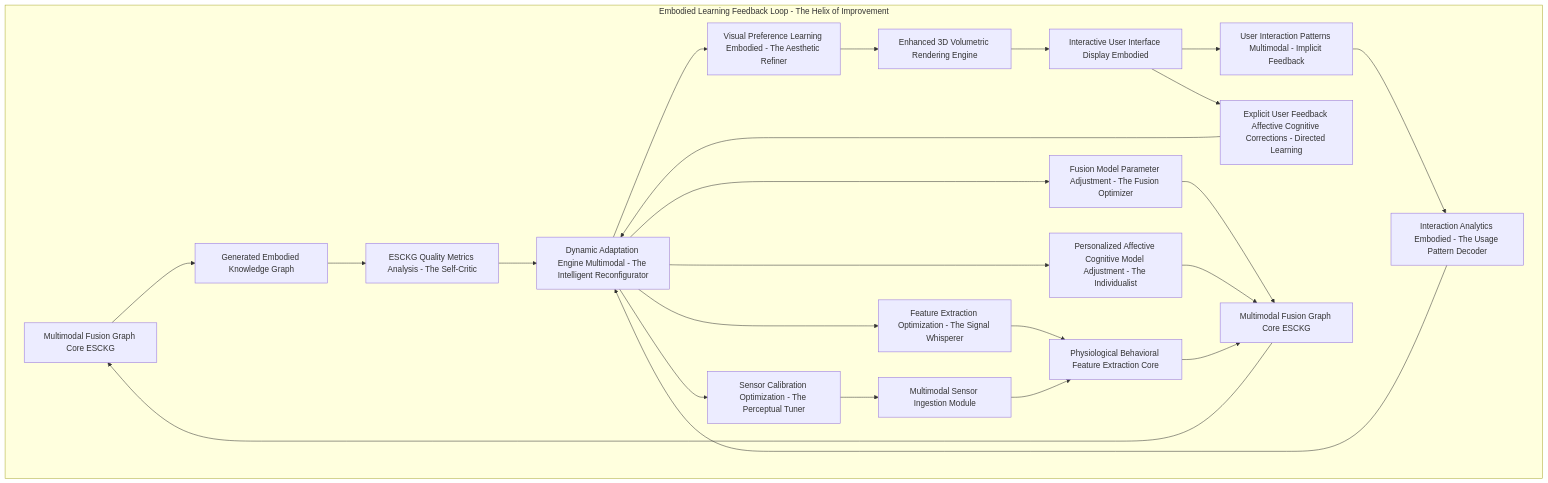
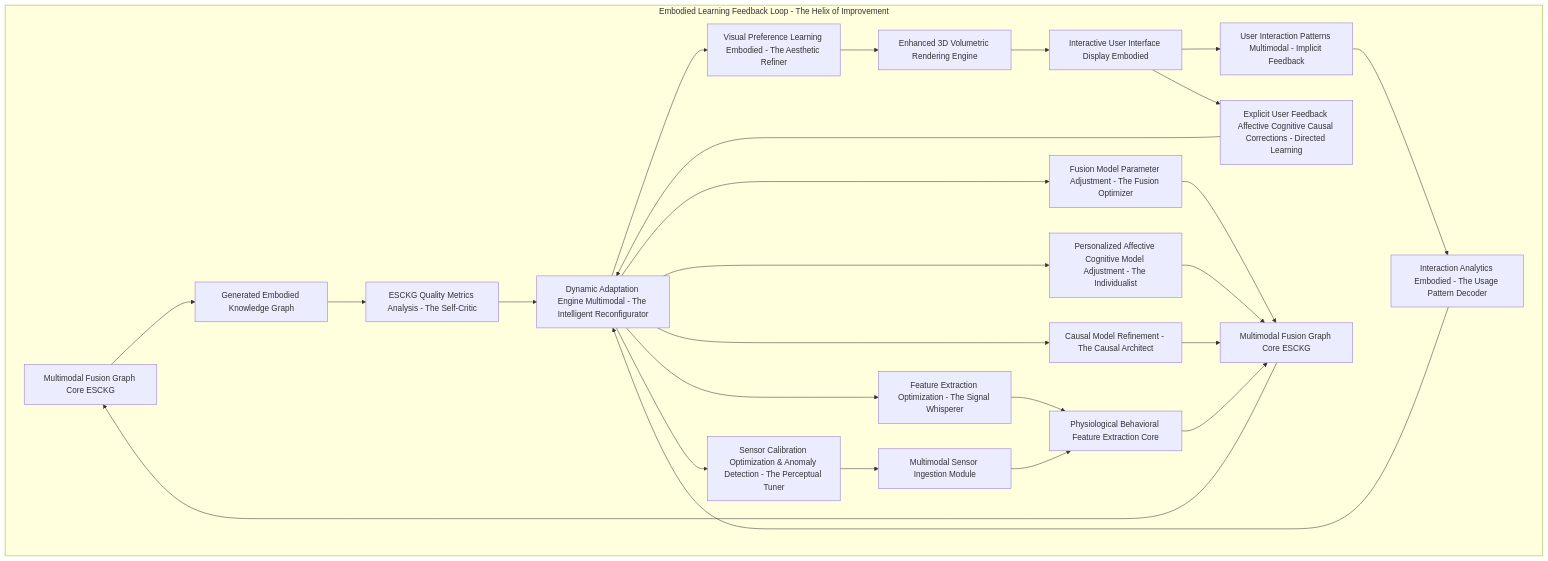
Before and after one commit to diplomat-bit/Citibank_Demo_Business_Inc_Demonstration-: the eighth of 9 diagrams in inventions/inventions/012_holographic_meeting_scribe/014_multimodal_somatic_cognitive_graph_integration.md, drawn with Mermaid. The commit also changed other lines of this file, not shown here.

Commit message:
[AI] Edit: inventions/inventions/012_holographic_meeting_scribe/014_multimodal_somatic_cognitive_graph_integration.md

````diff
--- a/inventions/inventions/012_holographic_meeting_scribe/014_multimodal_somatic_cognitive_graph_integration.md
+++ b/inventions/inventions/012_holographic_meeting_scribe/014_multimodal_somatic_cognitive_graph_integration.md
@@ -849,32 +959,34 @@
 ```mermaid
 graph TD
     subgraph Embodied Learning Feedback Loop - The Helix of Improvement
         ESCKG_GEN[Multimodal Fusion Graph Core ESCKG] --> ESCKG_OUTPUT[Generated Embodied Knowledge Graph];
         UI_DISP_E[Interactive User Interface Display Embodied] --> USER_INTERACTION_E[User Interaction Patterns Multimodal - Implicit Feedback];
-        UI_DISP_E --> EXPLICIT_FEEDBACK_E[Explicit User Feedback Affective Cognitive Corrections - Directed Learning];
+        UI_DISP_E --> EXPLICIT_FEEDBACK_E[Explicit User Feedback Affective Cognitive Causal Corrections - Directed Learning];
         
         ESCKG_OUTPUT --> METRICS_ANALYSIS_E[ESCKG Quality Metrics Analysis - The Self-Critic];
         USER_INTERACTION_E --> INTERACTION_ANALYTICS_E[Interaction Analytics Embodied - The Usage Pattern Decoder];
 
         METRICS_ANALYSIS_E --> ADAPT_ENGINE_E[Dynamic Adaptation Engine Multimodal - The Intelligent Reconfigurator];
         INTERACTION_ANALYTICS_E --> ADAPT_ENGINE_E;
         EXPLICIT_FEEDBACK_E --> ADAPT_ENGINE_E;
 
         ADAPT_ENGINE_E --> FUSION_MODEL_UPDATE[Fusion Model Parameter Adjustment - The Fusion Optimizer];
         ADAPT_ENGINE_E --> FEAT_EXTRACT_OPT[Feature Extraction Optimization - The Signal Whisperer];
         ADAPT_ENGINE_E --> VISUAL_PREFS_E[Visual Preference Learning Embodied - The Aesthetic Refiner];
-        ADAPT_ENGINE_E --> SENSOR_CALIBRATION_OPT[Sensor Calibration Optimization - The Perceptual Tuner];
+        ADAPT_ENGINE_E --> SENSOR_CALIBRATION_OPT[Sensor Calibration Optimization & Anomaly Detection - The Perceptual Tuner];
         ADAPT_ENGINE_E --> PERSONALIZED_MODELS_UPDATE[Personalized Affective Cognitive Model Adjustment - The Individualist];
+        ADAPT_ENGINE_E --> CAUSAL_MODEL_REFINE[Causal Model Refinement - The Causal Architect];
 
         FUSION_MODEL_UPDATE --> FUSION_CORE[Multimodal Fusion Graph Core ESCKG];
         FEAT_EXTRACT_OPT --> S_FEAT_EXTRACT[Physiological Behavioral Feature Extraction Core];
         VISUAL_PREFS_E --> E_REND[Enhanced 3D Volumetric Rendering Engine];
         SENSOR_CALIBRATION_OPT --> S_MM_INGEST[Multimodal Sensor Ingestion Module];
         PERSONALIZED_MODELS_UPDATE --> FUSION_CORE;
+        CAUSAL_MODEL_REFINE --> FUSION_CORE;
 
         FUSION_CORE --> ESCKG_GEN;
         S_FEAT_EXTRACT --> FUSION_CORE;
         E_REND --> UI_DISP_E;
         S_MM_INGEST --> S_FEAT_EXTRACT;
     end
 ```
````
